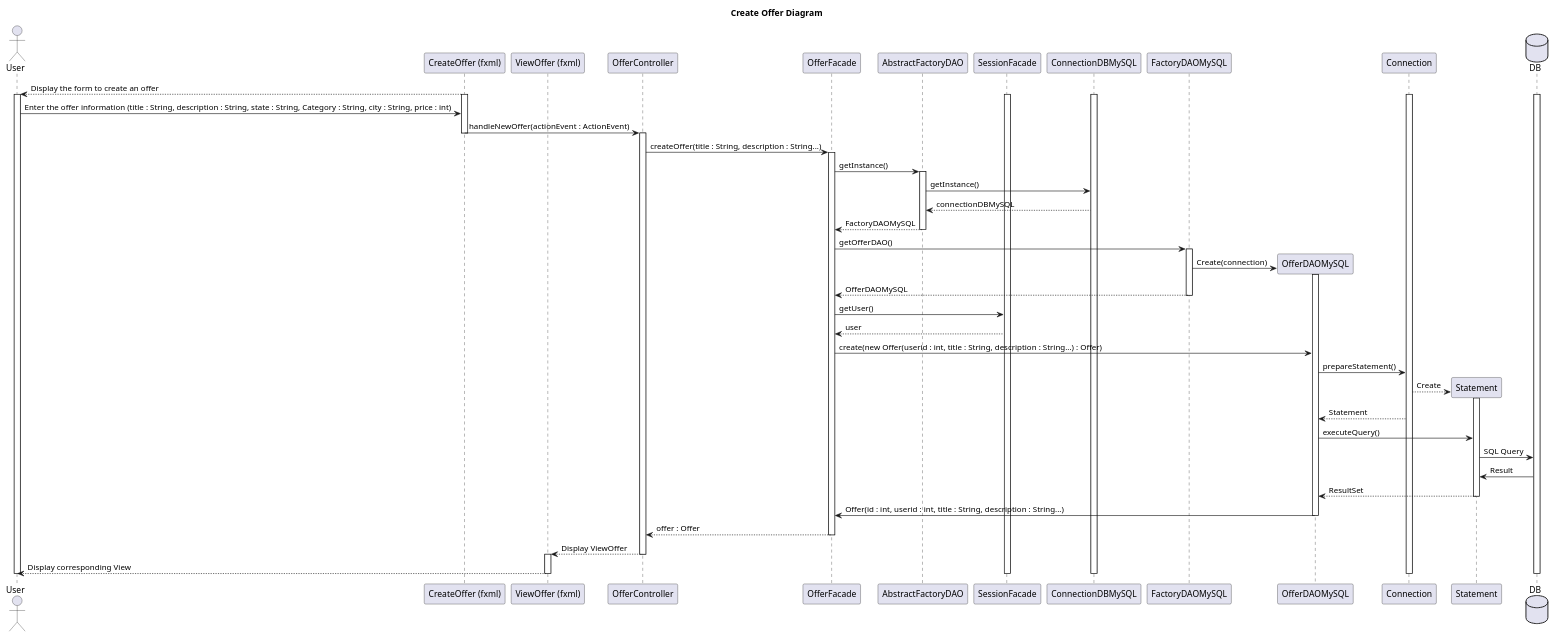
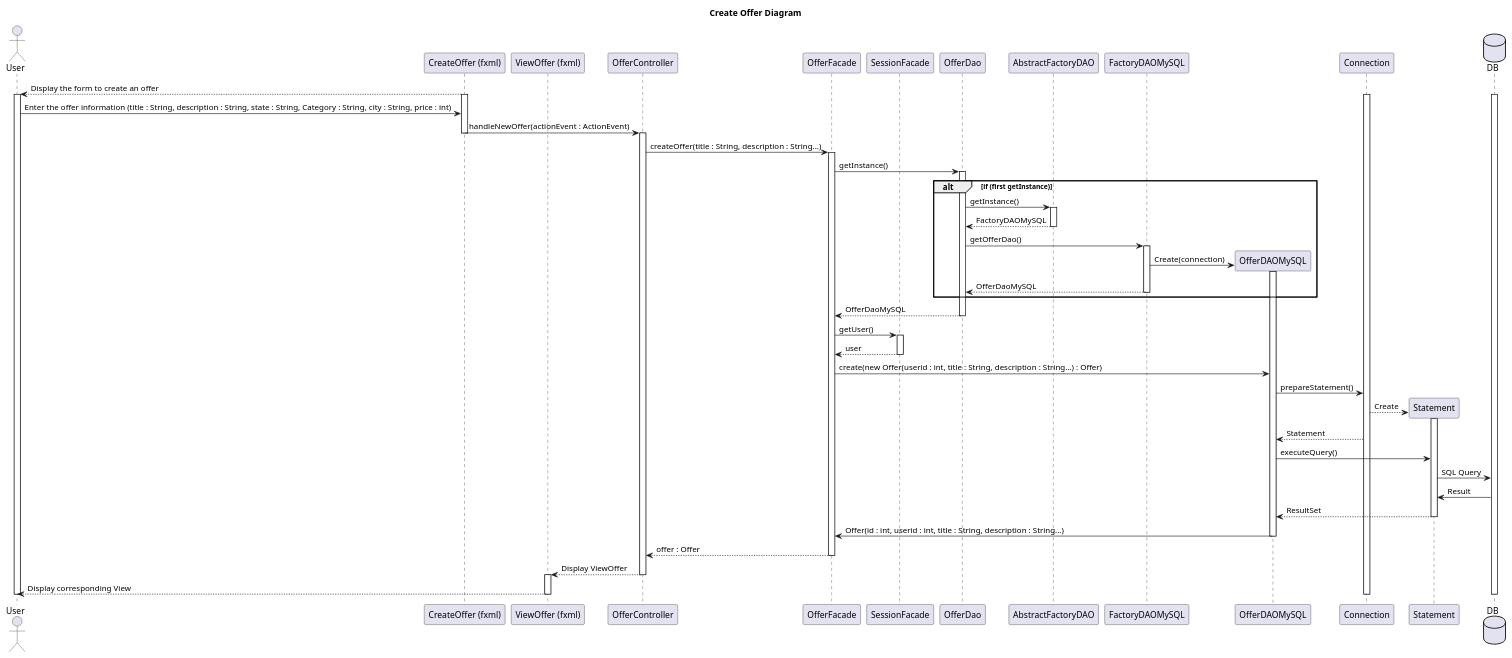
The diagram in documents/diagram/offer/offerSequence.puml (LaunoisRemy/ToolShare), drawn with PlantUML before and after one commit. The commit also changed 2 other files, not shown here.

Commit message:
UPDATE OFFER Diagrams to match the Singleton

```diff
--- a/documents/diagram/offer/offerSequence.puml
+++ b/documents/diagram/offer/offerSequence.puml
@@ -1,114 +1,106 @@
 @startuml
 title Create Offer Diagram
 
 actor User
 participant "CreateOffer (fxml)"
 participant "ViewOffer (fxml)"
 participant OfferController
 participant OfferFacade
+participant SessionFacade
+participant OfferDao
 participant AbstractFactoryDAO
-participant SessionFacade
-participant ConnectionDBMySQL
 participant FactoryDAOMySQL
 participant OfferDAOMySQL
 participant Connection
 participant Statement
 database DB
 
 
 "CreateOffer (fxml)"-->User: Display the form to create an offer
 
 activate "CreateOffer (fxml)"
 activate User
 activate DB
 activate Connection
-activate ConnectionDBMySQL
-activate SessionFacade
 
 
 
 User->"CreateOffer (fxml)":Enter the offer information (title : String, description : String, state : String, Category : String, city : String, price : int)
 
 "CreateOffer (fxml)"->OfferController: handleNewOffer(actionEvent : ActionEvent)
 
 deactivate "CreateOffer (fxml)"
 
 activate OfferController
 
 OfferController->OfferFacade:createOffer(title : String, description : String...)
 
 activate OfferFacade
 
-OfferFacade->AbstractFactoryDAO:getInstance()
+OfferFacade->OfferDao : getInstance()
+alt if (first getInstance)
+    activate OfferDao
+    OfferDao -> AbstractFactoryDAO : getInstance()
+    activate AbstractFactoryDAO
+    AbstractFactoryDAO --> OfferDao : FactoryDAOMySQL
+    deactivate AbstractFactoryDAO
 
-activate AbstractFactoryDAO
-
-AbstractFactoryDAO -> ConnectionDBMySQL : getInstance()
-
-AbstractFactoryDAO <-- ConnectionDBMySQL : connectionDBMySQL
-
-AbstractFactoryDAO--> OfferFacade : FactoryDAOMySQL
-
-deactivate AbstractFactoryDAO
-
-OfferFacade -> FactoryDAOMySQL:getOfferDAO()
-
-activate FactoryDAOMySQL
-
-FactoryDAOMySQL->OfferDAOMySQL **:Create(connection)
-
-activate OfferDAOMySQL
-
-FactoryDAOMySQL-->OfferFacade:OfferDAOMySQL
+    OfferDao -> FactoryDAOMySQL : getOfferDao()
+    activate FactoryDAOMySQL
+    FactoryDAOMySQL -> OfferDAOMySQL **:Create(connection)
+    activate OfferDAOMySQL
+    FactoryDAOMySQL --> OfferDao : OfferDaoMySQL
+    deactivate FactoryDAOMySQL
+end
+OfferDao --> OfferFacade : OfferDaoMySQL
+deactivate OfferDao
 
 deactivate FactoryDAOMySQL
-
 OfferFacade->SessionFacade: getUser()
-
+activate SessionFacade
 SessionFacade-->OfferFacade: user
+deactivate SessionFacade
 
 OfferFacade->OfferDAOMySQL: create(new Offer(userid : int, title : String, description : String...) : Offer)
 
 OfferDAOMySQL->Connection: prepareStatement()
 
 Connection-->Statement **: Create
 
 activate Statement
 
 Connection-->OfferDAOMySQL: Statement
 
 OfferDAOMySQL->Statement:executeQuery()
 
 Statement->DB: SQL Query
 
 DB->Statement:Result
 
 Statement-->OfferDAOMySQL: ResultSet
 
 deactivate Statement
 
 OfferDAOMySQL->OfferFacade: Offer(id : int, userid : int, title : String, description : String...)
 
 deactivate OfferDAOMySQL
 
 
 OfferFacade-->OfferController: offer : Offer
 
 deactivate OfferFacade
 
 OfferController-->"ViewOffer (fxml)": Display ViewOffer
 
 deactivate OfferController
 
 activate "ViewOffer (fxml)"
 
 "ViewOffer (fxml)"-->User: Display corresponding View
 
-deactivate SessionFacade
 deactivate "ViewOffer (fxml)"
 deactivate DB
 deactivate User
-deactivate ConnectionDBMySQL
 deactivate Connection
 
 @enduml
```
